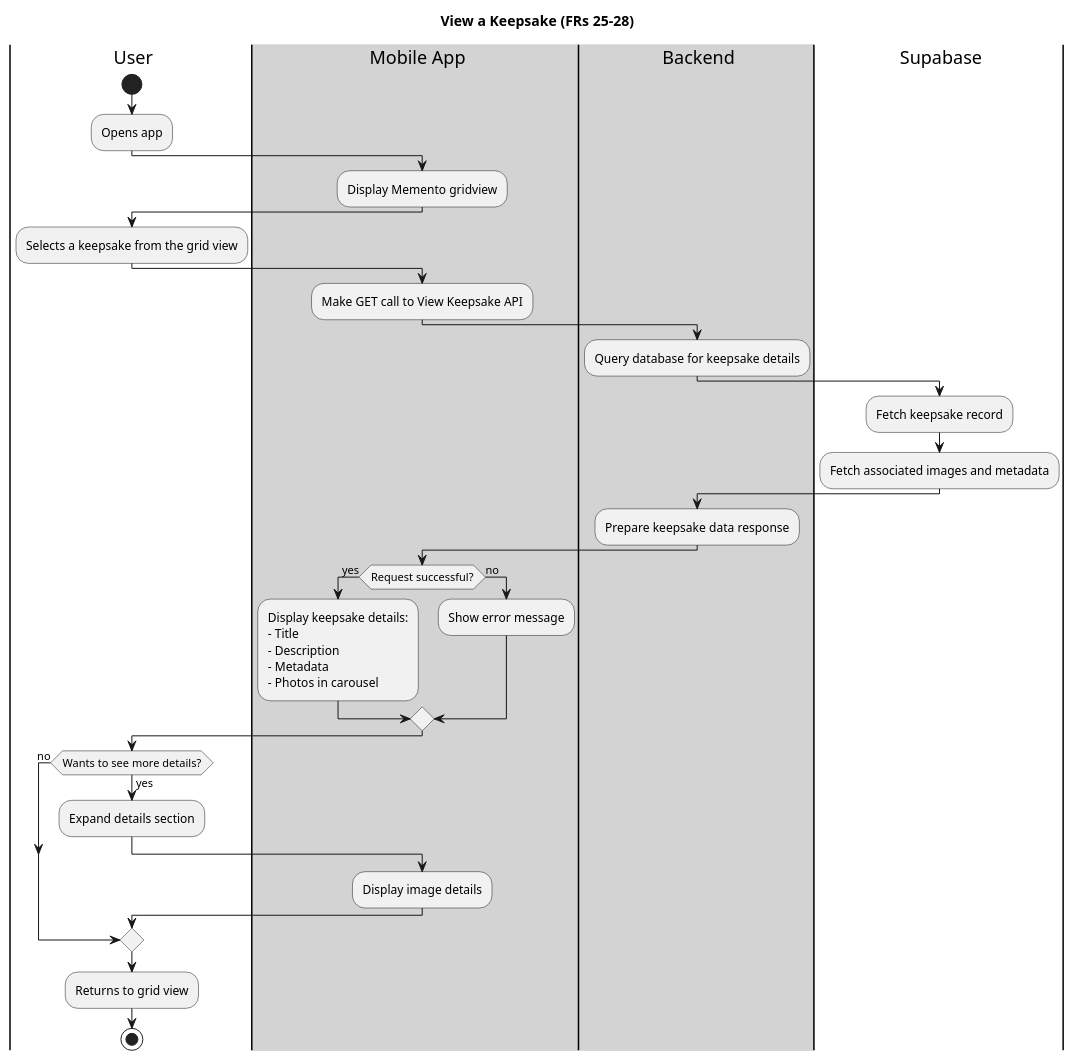
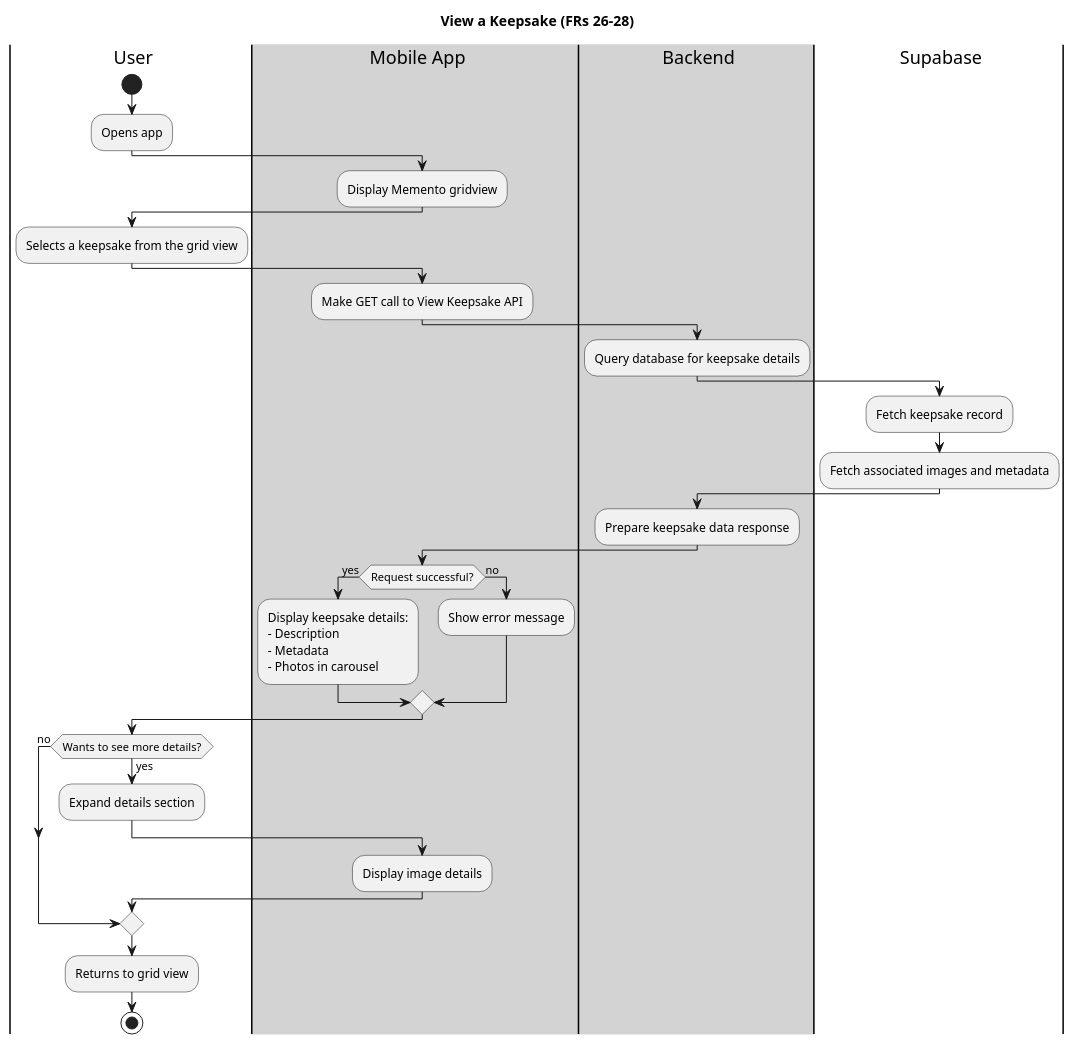
The diagram in docs/activity/view-memento.puml (owencooke/memento), drawn with PlantUML before and after one commit. The commit also changed 2 other files, not shown here.

```diff
--- a/docs/activity/view-memento.puml
+++ b/docs/activity/view-memento.puml
@@ -1,54 +1,53 @@
 @startuml
-title View a Keepsake (FRs 25-28)
+title View a Keepsake (FRs 26-28)
 
 |user| User
 |#lightgray|mobile| Mobile App
 |#lightgray|backend| Backend
 |db| Supabase
 
 |user|
 start
 :Opens app;
 
 |mobile|
 :Display Memento gridview;
 
 |user|
 :Selects a keepsake from the grid view;
 
 |mobile|
 :Make GET call to View Keepsake API;
 
 |backend|
 :Query database for keepsake details;
 |db|
 :Fetch keepsake record;
 :Fetch associated images and metadata;
 
 |backend|
 :Prepare keepsake data response;
 
 |mobile|
 if (Request successful?) is (yes) then
   :Display keepsake details:
-  - Title
   - Description
   - Metadata
   - Photos in carousel;
 else (no)
   :Show error message;
 endif
 
 |user|
 if (Wants to see more details?) is (yes) then
   :Expand details section;
   |mobile|
   :Display image details;
 else (no)
 endif
 
 |user|
 :Returns to grid view;
 
 stop
 @enduml
```
